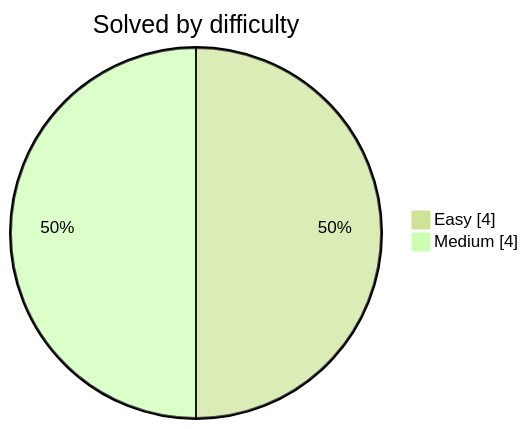
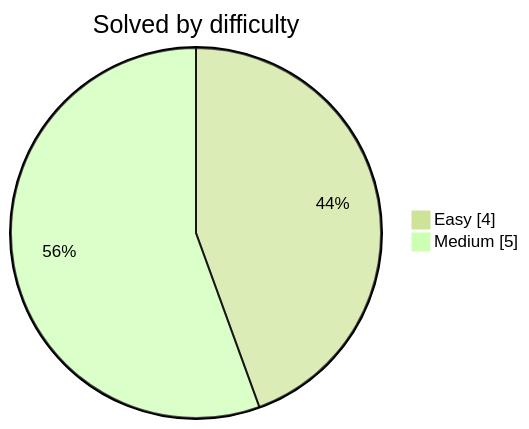
The diagram in README.md (DwijeshD/leetcode-solutions), drawn with Mermaid (forest theme) before and after one commit. The commit also changed other lines of this file and 2 other files, not shown here.

````diff
--- a/README.md
+++ b/README.md
@@ -31,6 +31,6 @@
 ```mermaid
 pie showData
     title Solved by difficulty
     "Easy" : 4
-    "Medium" : 4
+    "Medium" : 5
 ```
````
